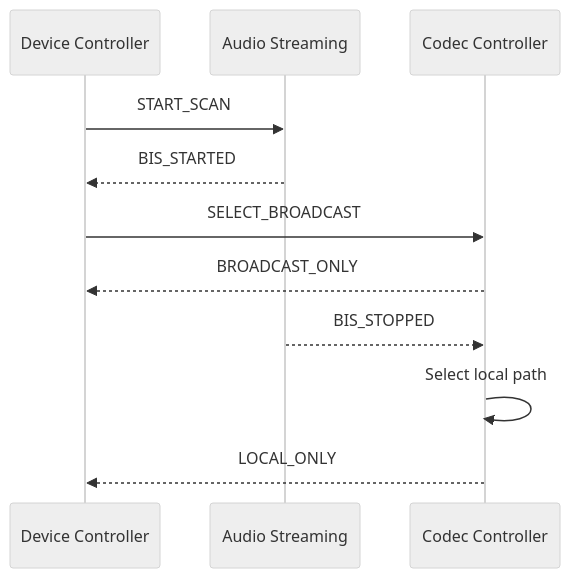
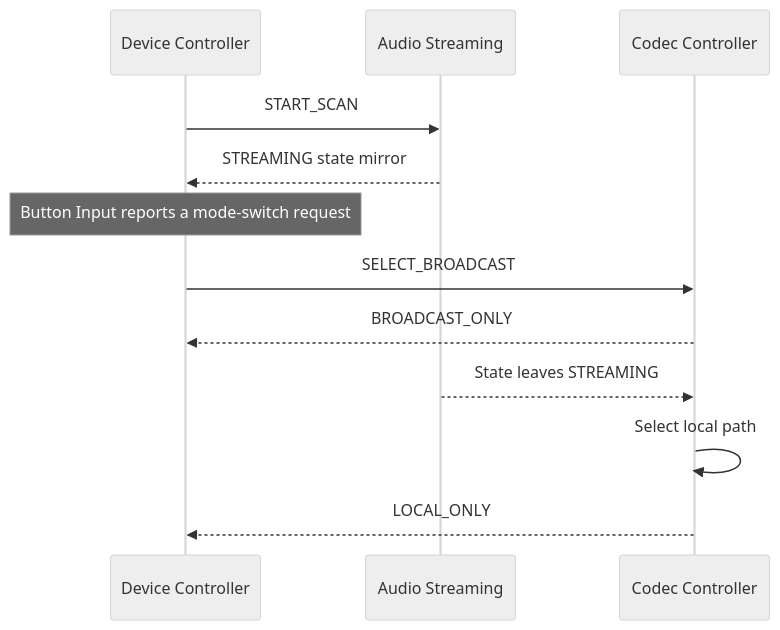
One commit to Matheus-Cavalcanti/tiresias-soak-test changed the sixth of 6 diagrams in docs/architecture/control-plane.md. Above: the diagram before and after it, drawn with Mermaid (neutral theme). The commit also changed other lines of this file and 6 other files, not shown here.

````diff
--- a/docs/architecture/control-plane.md
+++ b/docs/architecture/control-plane.md
@@ -346,15 +360,16 @@
 ```mermaid
 sequenceDiagram
     participant CTRL as Device Controller
-    participant BRX as Audio Streaming
+    participant STREAM as Audio Streaming
     participant CODEC as Codec Controller
 
-    CTRL->>BRX: START_SCAN
-    BRX-->>CTRL: BIS_STARTED
+    CTRL->>STREAM: START_SCAN
+    STREAM-->>CTRL: STREAMING state mirror
+    Note over CTRL: Button Input reports a mode-switch request
     CTRL->>CODEC: SELECT_BROADCAST
     CODEC-->>CTRL: BROADCAST_ONLY
 
-    BRX-->>CODEC: BIS_STOPPED
+    STREAM-->>CODEC: State leaves STREAMING
     CODEC->>CODEC: Select local path
     CODEC-->>CTRL: LOCAL_ONLY
 ```
````
